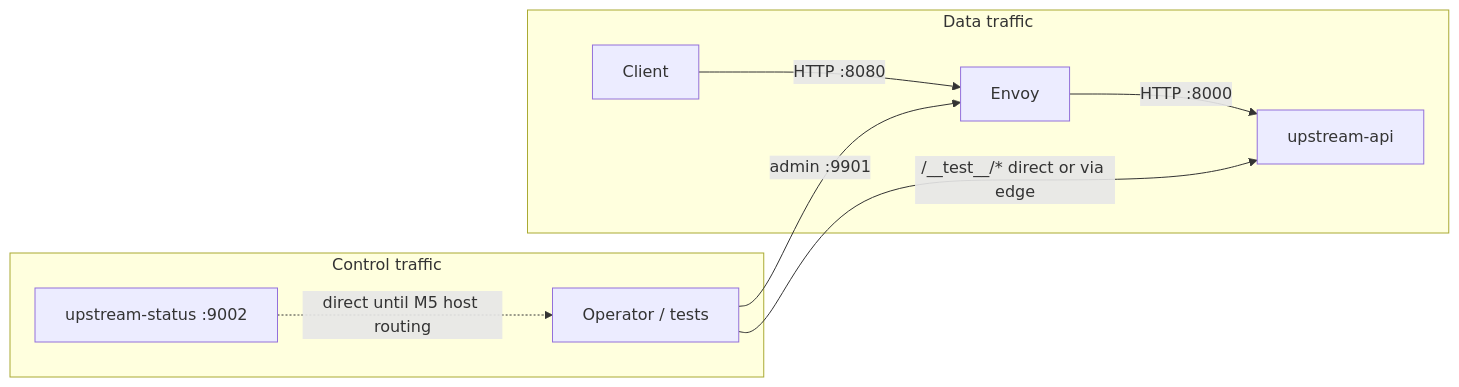
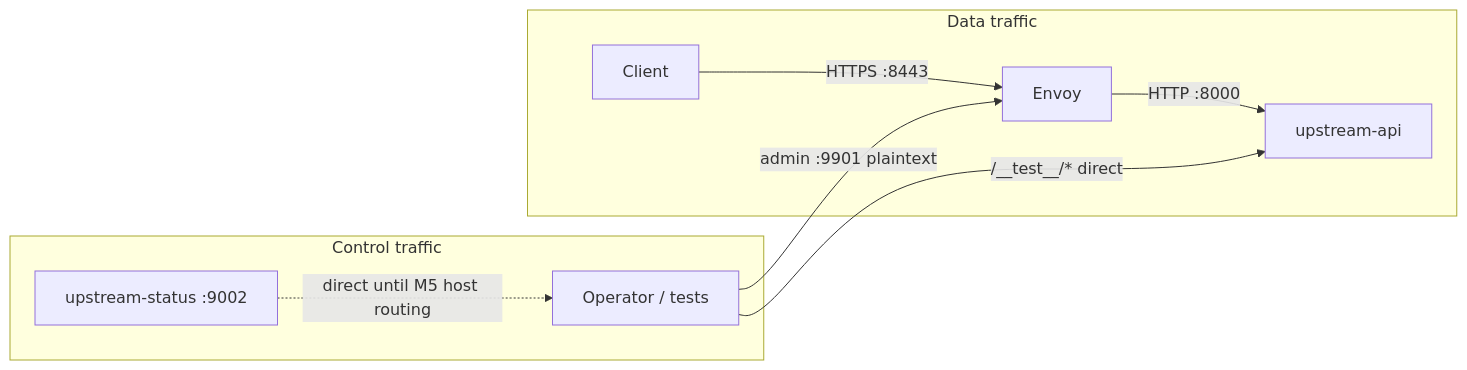
Before and after one commit to DrashtiShah23/BreakWater: the first of 2 diagrams in docs/architecture.md, drawn with Mermaid. The commit also changed other lines of this file and 3 other files, not shown here.

````diff
--- a/docs/architecture.md
+++ b/docs/architecture.md
@@ -50,12 +50,12 @@
 ```mermaid
 flowchart LR
   subgraph dataPlane ["Data traffic"]
-    Client -->|HTTP :8080| Envoy
+    Client -->|HTTPS :8443| Envoy
     Envoy -->|HTTP :8000| API["upstream-api"]
   end
   subgraph controlPlane ["Control traffic"]
-    Admin[Operator / tests] -->|admin :9901| Envoy
-    Admin -->|/__test__/* direct or via edge| API
+    Admin[Operator / tests] -->|admin :9901 plaintext| Envoy
+    Admin -->|/__test__/* direct| API
     StatusDirect["upstream-status :9002"] -.->|direct until M5 host routing| Admin
   end
 ```
````
